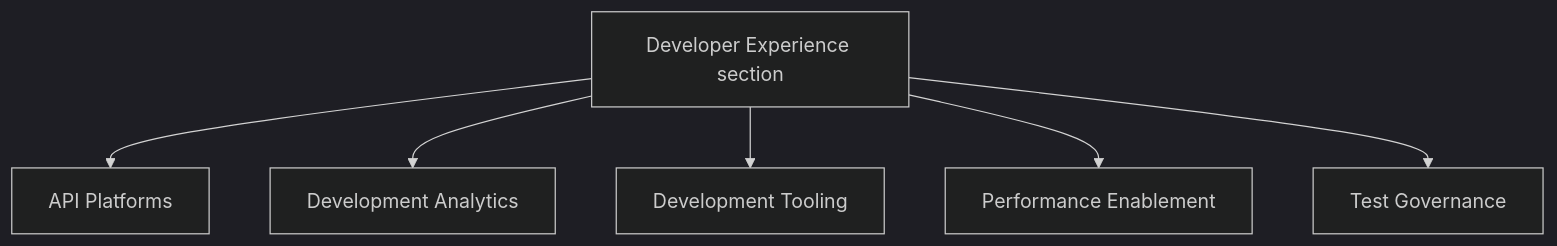
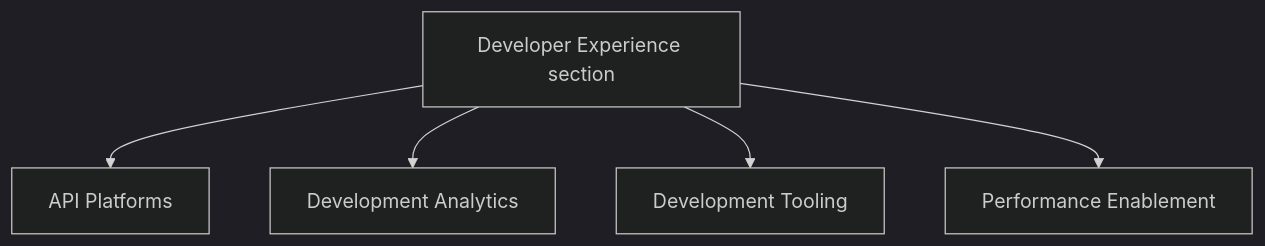
The diagram in content/handbook/engineering/infrastructure-platforms/developer-experience/_index.md (kyama0/gitlab-handbook-ja), drawn with Mermaid (dark theme) before and after one commit. The commit also changed other lines of this file and 65 other files, not shown here.

````diff
--- a/content/handbook/engineering/infrastructure-platforms/developer-experience/_index.md
+++ b/content/handbook/engineering/infrastructure-platforms/developer-experience/_index.md
@@ -120,16 +120,14 @@
 ```mermaid
 graph TD
     DE[Developer Experience section]
     click DE "/handbook/engineering/infrastructure-platforms/developer-experience"
 
     DE --> AP[API Platforms]
     click AP "/handbook/engineering/infrastructure-platforms/developer-experience/api"
     DE --> DA[Development Analytics]
     click DA "/handbook/engineering/infrastructure-platforms/developer-experience/development-analytics"
     DE --> DT[Development Tooling]
     click DT "/handbook/engineering/infrastructure-platforms/developer-experience/development-tooling"
     DE --> PE[Performance Enablement]
     click PE "/handbook/engineering/infrastructure-platforms/developer-experience/performance-enablement"
-    DE --> TG[Test Governance]
-    click TG "/handbook/engineering/infrastructure-platforms/developer-experience/test-governance"
 ```
````
